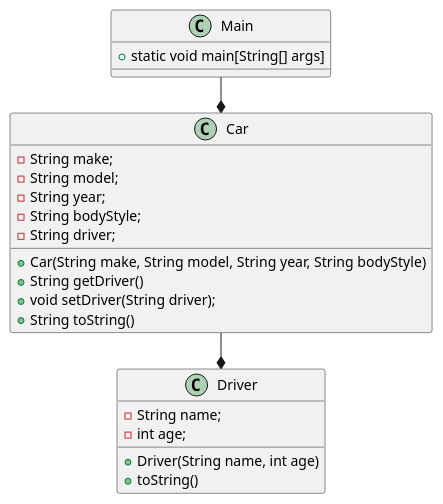
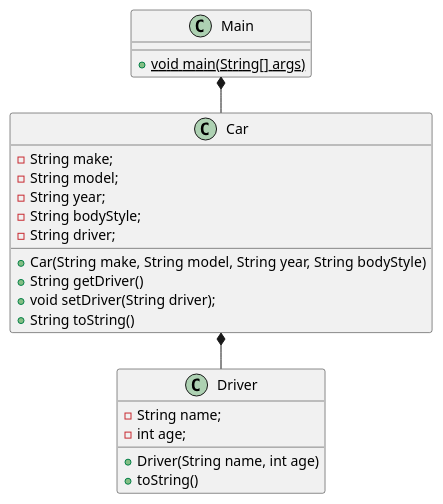
The diagram in src/Documentation/CarsAndDrivers.puml (snadering/Torsdagsopgaver5), drawn with PlantUML before and after one commit. The commit also changed 13 other files, not shown here.

```diff
--- a/src/Documentation/CarsAndDrivers.puml
+++ b/src/Documentation/CarsAndDrivers.puml
@@ -1,29 +1,29 @@
 @startuml
 !pragma layout smetana
 'https://plantuml.com/object-diagram
 
-Main --* Car
-Car --* Driver
+Main *-- Car
+Car *-- Driver
 
 class Main
-Main : + static void main[String[] args]
+Main : + {static} void main(String[] args)
 
 class Car
 Car : - String make;
 Car : - String model;
 Car : - String year;
 Car : - String bodyStyle;
 Car : - String driver;
 Car : + Car(String make, String model, String year, String bodyStyle)
 Car : + String getDriver()
 Car : + void setDriver(String driver);
 Car : + String toString()
 
 class Driver
 Driver : - String name;
 Driver : - int age;
 Driver : + Driver(String name, int age)
 Driver : + toString()
 
 
 @enduml
```
